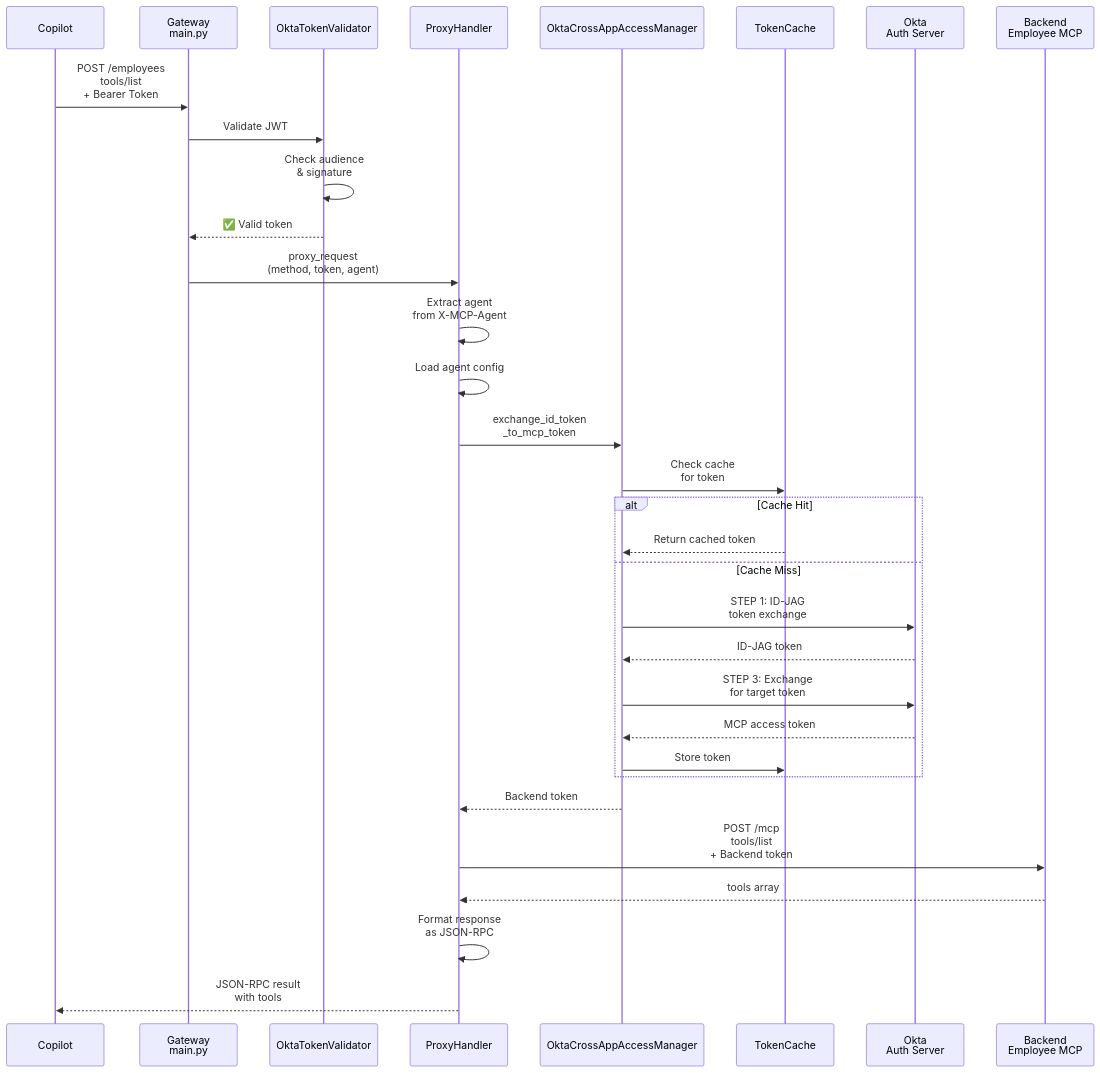
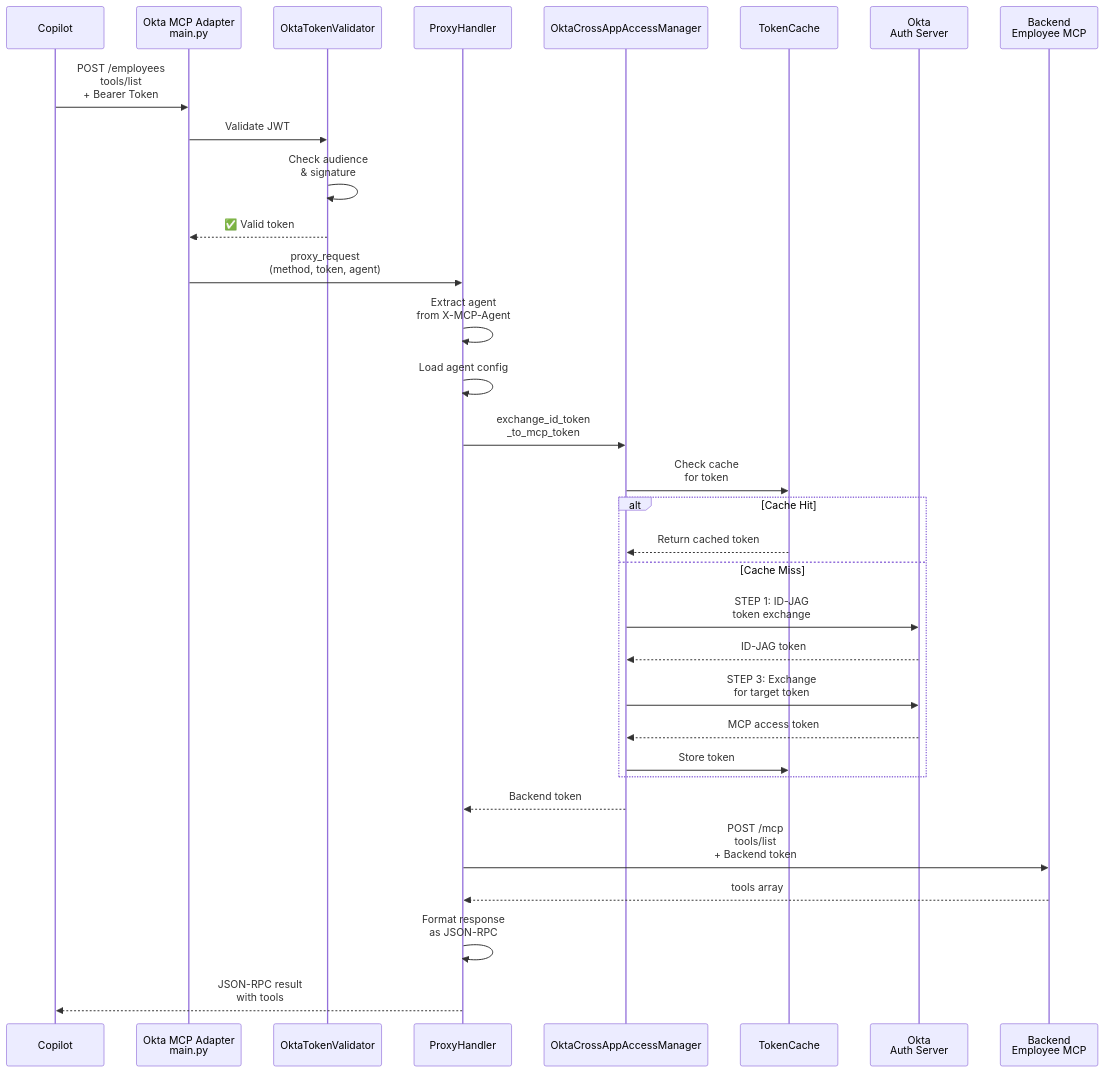
One commit to indranilokg/okta-agent-mcp-adapter changed the third of 4 diagrams in GATEWAY_ARCHITECTURE.md. Above: the diagram before and after it, drawn with Mermaid. The commit also changed other lines of this file, not shown here.

Commit message:
Sequence Flow

````diff
--- a/GATEWAY_ARCHITECTURE.md
+++ b/GATEWAY_ARCHITECTURE.md
@@ -151,42 +191,42 @@
 ```mermaid
 sequenceDiagram
     participant Client as Copilot
-    participant GW as Gateway<br/>main.py
+    participant GW as Okta MCP Adapter<br/>main.py
     participant Auth as OktaTokenValidator
     participant Router as ProxyHandler
     participant Exchanger as OktaCrossAppAccessManager
     participant Cache as TokenCache
     participant Okta as Okta<br/>Auth Server
     participant MCP as Backend<br/>Employee MCP
 
     Client->>GW: POST /employees<br/>tools/list<br/>+ Bearer Token
     
     GW->>Auth: Validate JWT
     Auth->>Auth: Check audience<br/>& signature
     Auth-->>GW: ✅ Valid token
     
     GW->>Router: proxy_request<br/>(method, token, agent)
     Router->>Router: Extract agent<br/>from X-MCP-Agent
     Router->>Router: Load agent config
     
     Router->>Exchanger: exchange_id_token<br/>_to_mcp_token
     Exchanger->>Cache: Check cache<br/>for token
     
     alt Cache Hit
         Cache-->>Exchanger: Return cached token
     else Cache Miss
         Exchanger->>Okta: STEP 1: ID-JAG<br/>token exchange
         Okta-->>Exchanger: ID-JAG token
         Exchanger->>Okta: STEP 3: Exchange<br/>for target token
         Okta-->>Exchanger: MCP access token
         Exchanger->>Cache: Store token
     end
     
     Exchanger-->>Router: Backend token
     Router->>MCP: POST /mcp<br/>tools/list<br/>+ Backend token
     MCP-->>Router: tools array
     
     Router->>Router: Format response<br/>as JSON-RPC
     Router-->>Client: JSON-RPC result<br/>with tools
 
 ```
````
